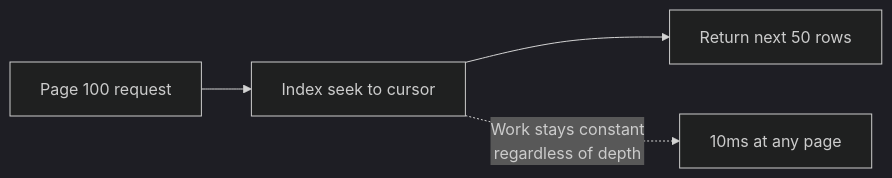
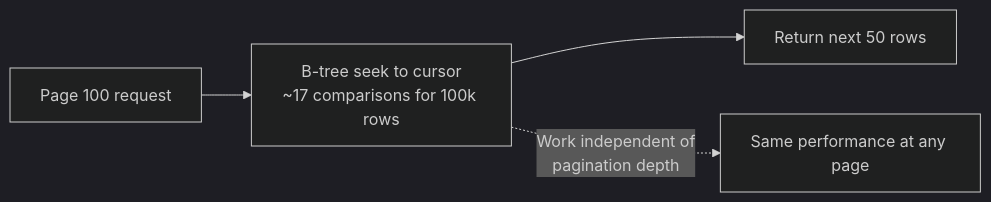
One commit to tuyentranba/log-management-dashboard changed the sixth of 12 diagrams in docs/technical_spec.md. Above: the diagram before and after it, drawn with Mermaid (dark theme). The commit also changed other lines of this file, not shown here.

````diff
--- a/docs/technical_spec.md
+++ b/docs/technical_spec.md
@@ -202,6 +210,6 @@
 ```mermaid
 graph LR
-    A[Page 100 request] --> B[Index seek to cursor]
+    A[Page 100 request] --> B[B-tree seek to cursor<br/>~17 comparisons for 100k rows]
     B --> C[Return next 50 rows]
-    B -.->|"Work stays constant<br/>regardless of depth"| D[10ms at any page]
+    B -.->|"Work independent of<br/>pagination depth"| D[Same performance at any page]
 ```
````
